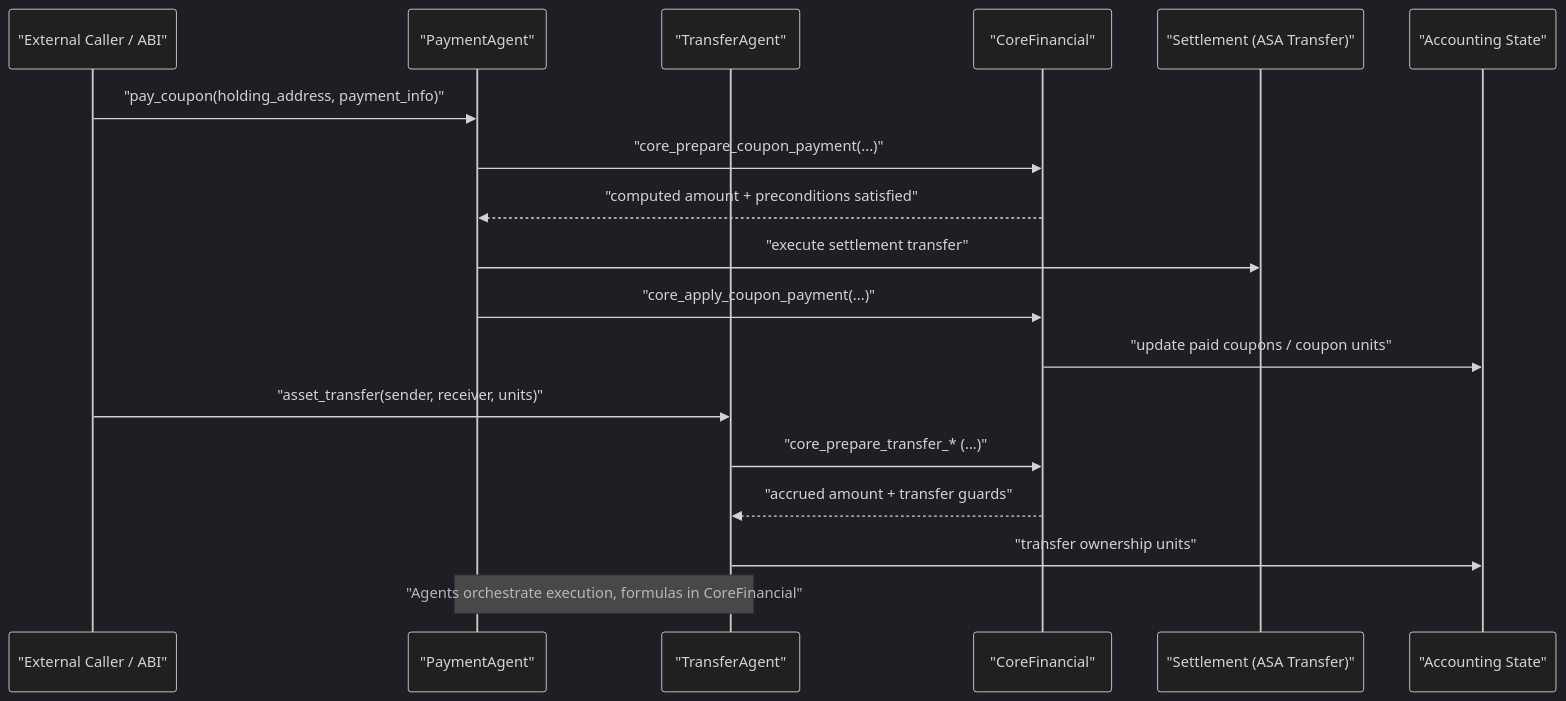
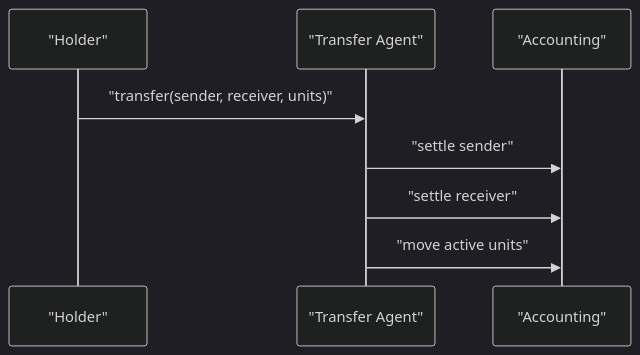
The fifth of 5 diagrams in docs/implementation/architecture.md (cusma/d-asa), drawn with Mermaid (dark theme) before and after one commit. The commit also changed other lines of this file and 107 other files, not shown here.

````diff
--- a/docs/implementation/architecture.md
+++ b/docs/implementation/architecture.md
@@ -133,23 +90,11 @@
 ```mermaid
 sequenceDiagram
-  participant API as "External Caller / ABI"
-  participant PA as "PaymentAgent"
-  participant TA as "TransferAgent"
-  participant CF as "CoreFinancial"
-  participant SET as "Settlement (ASA Transfer)"
-  participant ACC as "Accounting State"
+  participant ABI as "Holder"
+  participant TA as "Transfer Agent"
+  participant ACC as "Accounting"
 
-  API->>PA: "pay_coupon(holding_address, payment_info)"
-  PA->>CF: "core_prepare_coupon_payment(...)"
-  CF-->>PA: "computed amount + preconditions satisfied"
-  PA->>SET: "execute settlement transfer"
-  PA->>CF: "core_apply_coupon_payment(...)"
-  CF->>ACC: "update paid coupons / coupon units"
-
-  API->>TA: "asset_transfer(sender, receiver, units)"
-  TA->>CF: "core_prepare_transfer_* (...)"
-  CF-->>TA: "accrued amount + transfer guards"
-  TA->>ACC: "transfer ownership units"
-
-  Note over PA,TA: "Agents orchestrate execution, formulas in CoreFinancial"
+  ABI->>TA: "transfer(sender, receiver, units)"
+  TA->>ACC: "settle sender"
+  TA->>ACC: "settle receiver"
+  TA->>ACC: "move active units"
 ```
````
